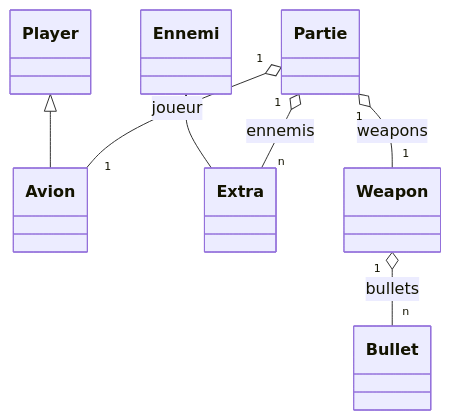
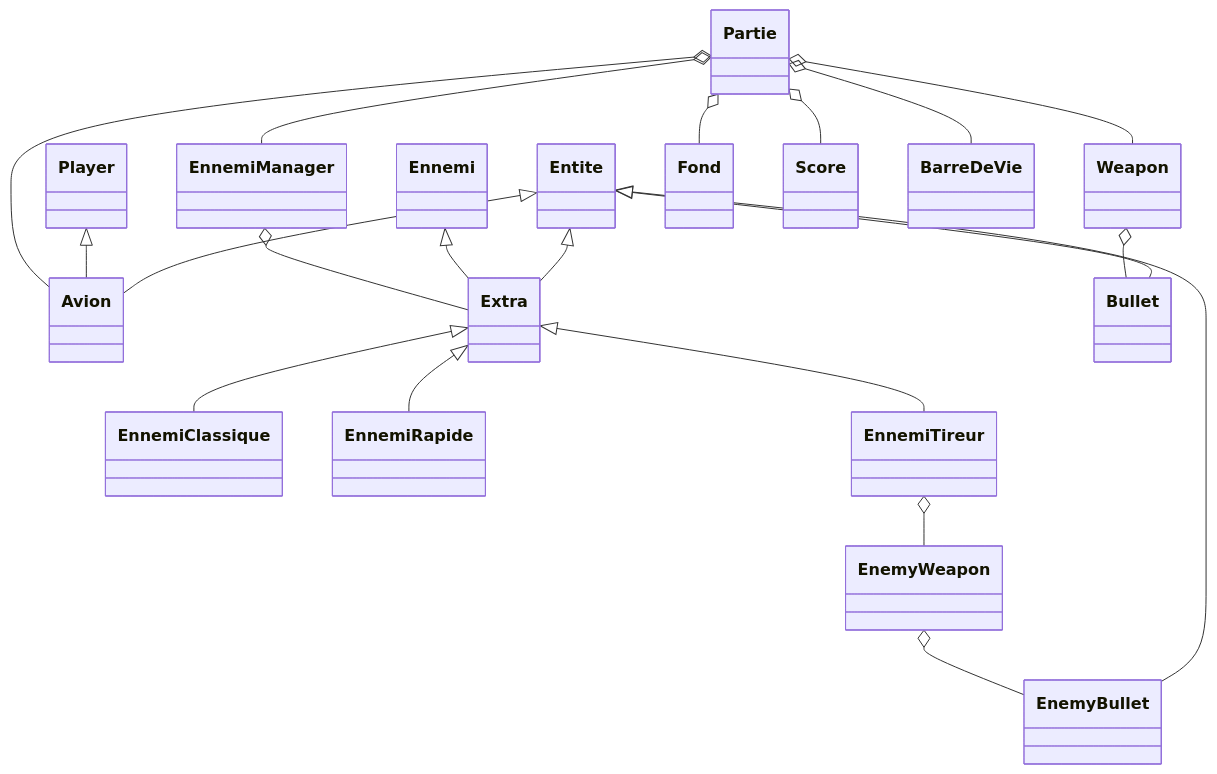
One commit to BR2004U02/space-invander changed the diagram in GAME/doc/PP/structure_jeu.md. Above: the diagram before and after it, drawn with Mermaid. The commit also changed other lines of this file and 41 other files, not shown here.

````diff
--- a/GAME/doc/PP/structure_jeu.md
+++ b/GAME/doc/PP/structure_jeu.md
@@ -18,9 +28,23 @@
 ```mermaid
 classDiagram
+    Entite <|-- Avion
+    Entite <|-- Extra
+    Entite <|-- Bullet
+    Entite <|-- EnemyBullet
     Player <|-- Avion
     Ennemi <|-- Extra
-    Partie "1" o-- "1" Avion : joueur
-    Partie "1" o-- "1" Weapon : weapons
-    Partie "1" o-- "n" Extra : ennemis
-    Weapon "1" o-- "n" Bullet : bullets
+    Extra <|-- EnnemiClassique
+    Extra <|-- EnnemiRapide
+    Extra <|-- EnnemiTireur
+
+    Partie o-- Avion
+    Partie o-- Weapon
+    Partie o-- EnnemiManager
+    Partie o-- Fond
+    Partie o-- Score
+    Partie o-- BarreDeVie
+    EnnemiManager o-- Extra
+    EnnemiTireur o-- EnemyWeapon
+    Weapon o-- Bullet
+    EnemyWeapon o-- EnemyBullet
 ```
````
